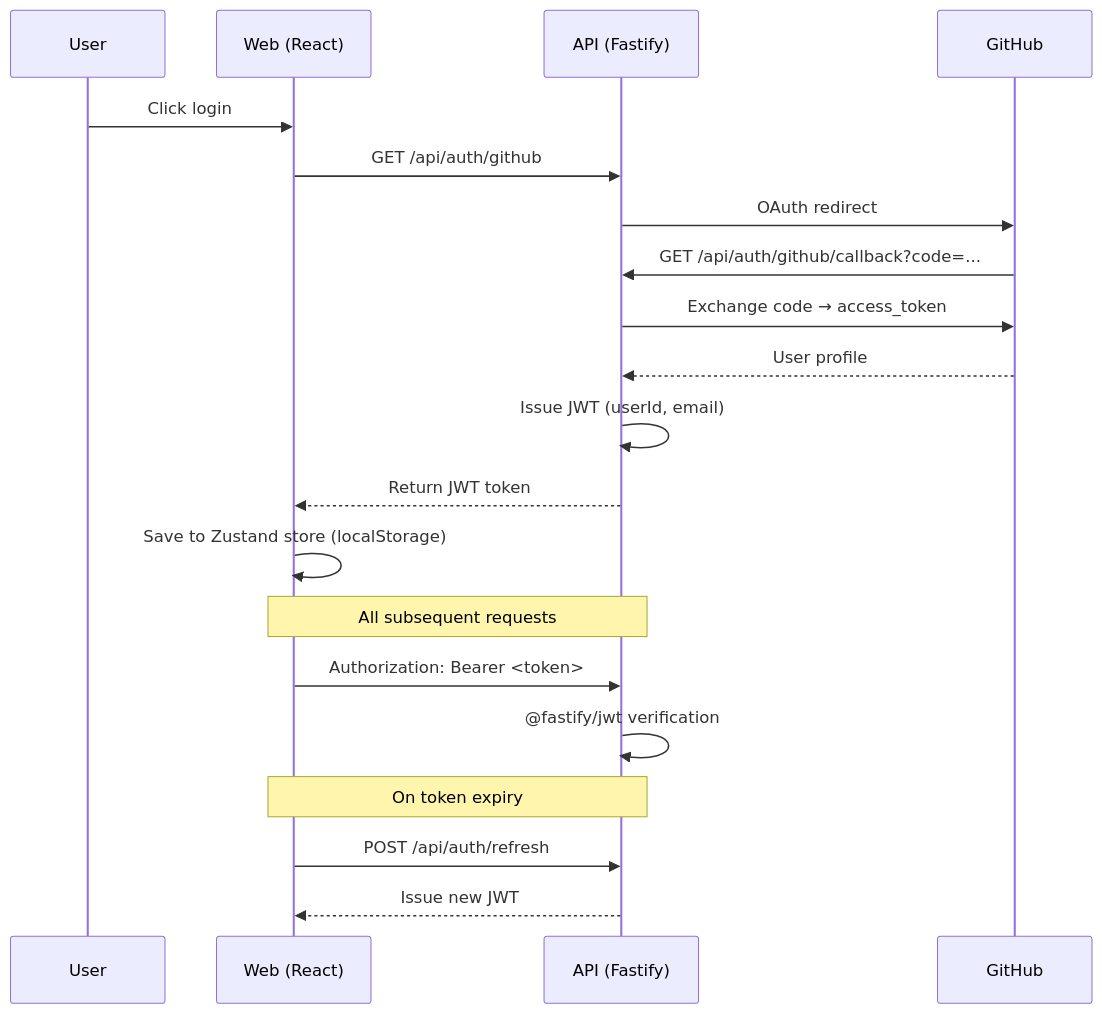
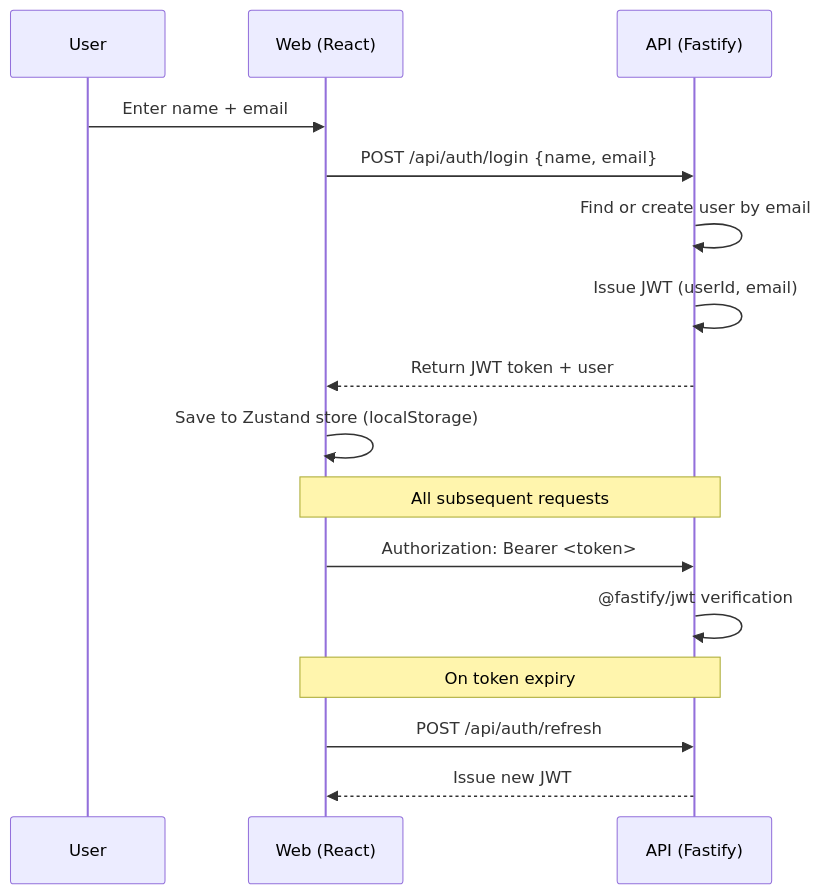
One commit to OkyoKwon/contextSync changed the second of 3 diagrams in docs/architecture.md. Above: the diagram before and after it, drawn with Mermaid. The commit also changed other lines of this file and 31 other files, not shown here.

First line of the commit message:
feat: replace GitHub OAuth with local email/name auth and one-command setup

````diff
--- a/docs/architecture.md
+++ b/docs/architecture.md
@@ -234,25 +232,21 @@
 ```mermaid
 sequenceDiagram
     participant U as User
     participant W as Web (React)
     participant A as API (Fastify)
-    participant G as GitHub
 
-    U->>W: Click login
-    W->>A: GET /api/auth/github
-    A->>G: OAuth redirect
-    G->>A: GET /api/auth/github/callback?code=...
-    A->>G: Exchange code → access_token
-    G-->>A: User profile
+    U->>W: Enter name + email
+    W->>A: POST /api/auth/login {name, email}
+    A->>A: Find or create user by email
     A->>A: Issue JWT (userId, email)
-    A-->>W: Return JWT token
+    A-->>W: Return JWT token + user
     W->>W: Save to Zustand store (localStorage)
 
     Note over W,A: All subsequent requests
     W->>A: Authorization: Bearer <token>
     A->>A: @fastify/jwt verification
 
     Note over W,A: On token expiry
     W->>A: POST /api/auth/refresh
     A-->>W: Issue new JWT
 ```
````
